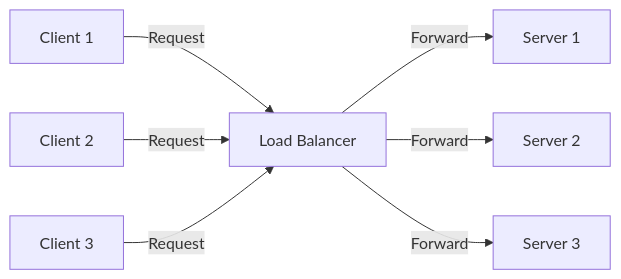
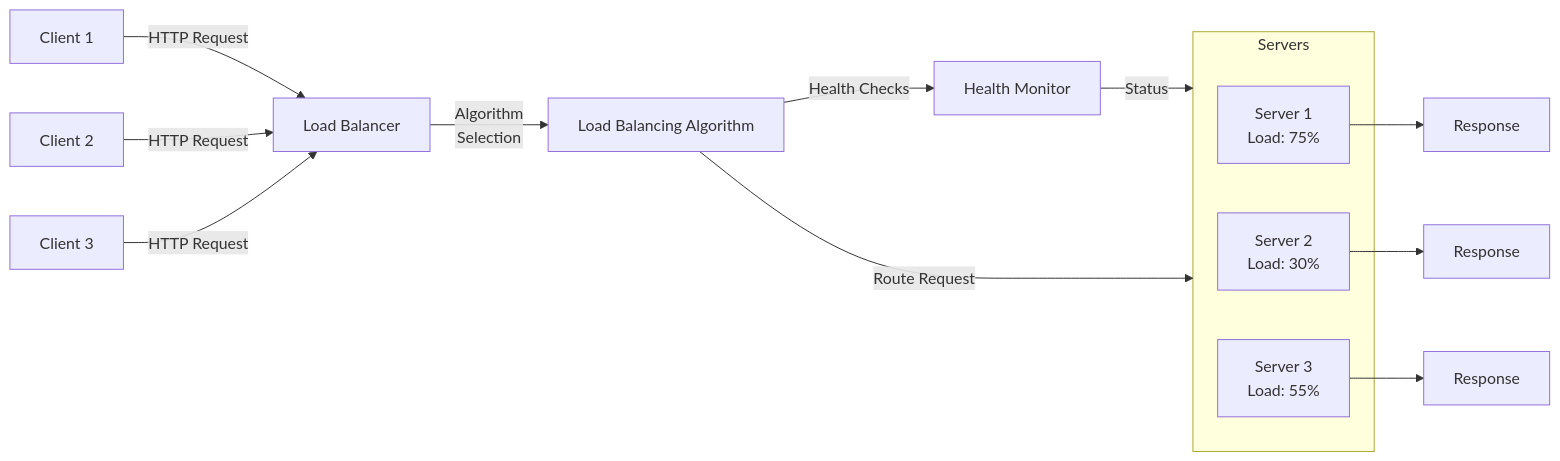
One commit to Asim-Shah-2004/Distributed_Computing changed the seventh of 8 diagrams in README.md. Above: the diagram before and after it, drawn with Mermaid. The commit also changed other lines of this file, not shown here.

````diff
--- a/README.md
+++ b/README.md
@@ -90,9 +250,23 @@
 ```mermaid
 graph LR
-    Client1[Client 1] -->|Request| LB[Load Balancer]
-    Client2[Client 2] -->|Request| LB
-    Client3[Client 3] -->|Request| LB
-    LB -->|Forward| S1[Server 1]
-    LB -->|Forward| S2[Server 2]
-    LB -->|Forward| S3[Server 3]
+    Client1[Client 1] -->|"HTTP Request"| LB[Load Balancer]
+    Client2[Client 2] -->|"HTTP Request"| LB
+    Client3[Client 3] -->|"HTTP Request"| LB
+    
+    LB -->|"Algorithm<br>Selection"| Algo[Load Balancing Algorithm]
+    
+    Algo -->|"Health Checks"| HC[Health Monitor]
+    HC -->|"Status"| Servers
+    
+    Algo -->|"Route Request"| Servers
+    
+    subgraph Servers
+    S1[Server 1<br>Load: 75%]
+    S2[Server 2<br>Load: 30%]
+    S3[Server 3<br>Load: 55%]
+    end
+    
+    S1 --> Response1[Response]
+    S2 --> Response2[Response]
+    S3 --> Response3[Response]
 ```
````
